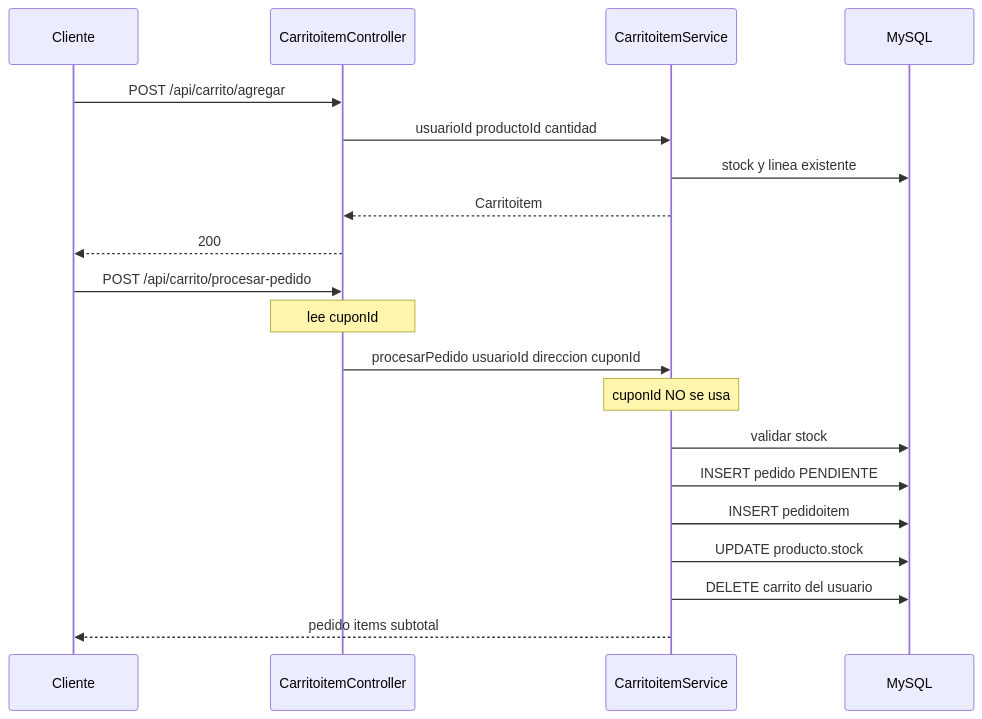
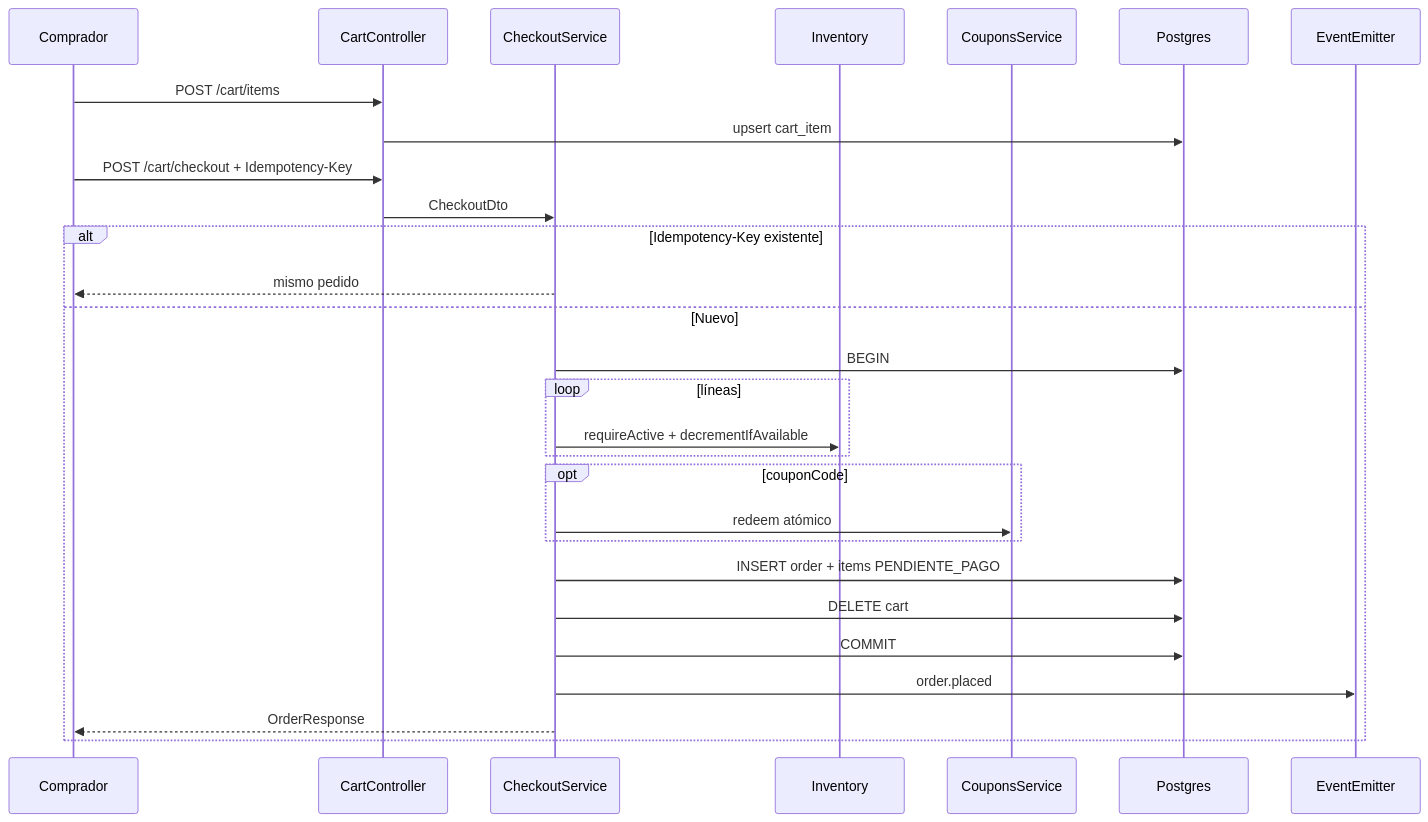
Before and after one commit to julianmeoficial/minimalecommerceapi: the third of 6 diagrams in docs/03-FLUJOS.md, drawn with Mermaid. The commit also changed other lines of this file and 19 other files, not shown here.

````diff
--- a/docs/03-FLUJOS.md
+++ b/docs/03-FLUJOS.md
@@ -48,24 +48,31 @@
 ```mermaid
 sequenceDiagram
-  participant C as Cliente
-  participant Cart as CarritoitemController
-  participant Svc as CarritoitemService
-  participant DB as MySQL
+  participant C as Comprador
+  participant Cart as CartController
+  participant Co as CheckoutService
+  participant Inv as Inventory
+  participant Cup as CouponsService
+  participant DB as Postgres
+  participant Ev as EventEmitter
 
-  C->>Cart: POST /api/carrito/agregar
-  Cart->>Svc: usuarioId productoId cantidad
-  Svc->>DB: stock y linea existente
-  Svc-->>Cart: Carritoitem
-  Cart-->>C: 200
-
-  C->>Cart: POST /api/carrito/procesar-pedido
-  Note over Cart: lee cuponId
-  Cart->>Svc: procesarPedido usuarioId direccion cuponId
-  Note over Svc: cuponId NO se usa
-  Svc->>DB: validar stock
-  Svc->>DB: INSERT pedido PENDIENTE
-  Svc->>DB: INSERT pedidoitem
-  Svc->>DB: UPDATE producto.stock
-  Svc->>DB: DELETE carrito del usuario
-  Svc-->>C: pedido items subtotal
+  C->>Cart: POST /cart/items
+  Cart->>DB: upsert cart_item
+  C->>Cart: POST /cart/checkout + Idempotency-Key
+  Cart->>Co: CheckoutDto
+  alt Idempotency-Key existente
+    Co-->>C: mismo pedido
+  else Nuevo
+    Co->>DB: BEGIN
+    loop líneas
+      Co->>Inv: requireActive + decrementIfAvailable
+    end
+    opt couponCode
+      Co->>Cup: redeem atómico
+    end
+    Co->>DB: INSERT order + items PENDIENTE_PAGO
+    Co->>DB: DELETE cart
+    Co->>DB: COMMIT
+    Co->>Ev: order.placed
+    Co-->>C: OrderResponse
+  end
 ```
````
